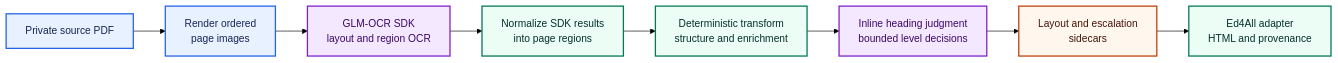
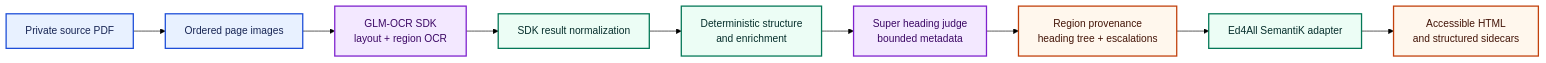
The first of 3 diagrams in docs/architecture/hybrid-vision-extraction.md (mdmurphy822/Ed4All), drawn with Mermaid (forest theme) before and after one commit. The commit also changed other lines of this file, not shown here.

Commit message:
docs(semantik): rebuild extraction architecture

````diff
--- a/docs/architecture/hybrid-vision-extraction.md
+++ b/docs/architecture/hybrid-vision-extraction.md
@@ -37,19 +18,20 @@
 ```mermaid
 flowchart LR
-    PDF["Private source PDF"] --> RENDER["Render ordered<br/>page images"]
-    RENDER --> SDK["GLM-OCR SDK<br/>layout and region OCR"]
-    SDK --> NORMALIZE["Normalize SDK results<br/>into page regions"]
-    NORMALIZE --> TRANSFORM["Deterministic transform<br/>structure and enrichment"]
-    TRANSFORM --> INLINE["Inline heading judgment<br/>bounded level decisions"]
-    INLINE --> SIDECARS["Layout and escalation<br/>sidecars"]
-    SIDECARS --> ADAPTER["Ed4All adapter<br/>HTML and provenance"]
+    PDF["Private source PDF"] --> PAGE["Ordered page images"]
+    PAGE --> SDK["GLM-OCR SDK<br/>layout + region OCR"]
+    SDK --> NORMAL["SDK result normalization"]
+    NORMAL --> ENRICH["Deterministic structure<br/>and enrichment"]
+    ENRICH --> JUDGE["Super heading judge<br/>bounded metadata"]
+    JUDGE --> EVIDENCE["Region provenance<br/>heading tree + escalations"]
+    EVIDENCE --> ADAPTER["Ed4All SemantiK adapter"]
+    ADAPTER --> HTML["Accessible HTML<br/>and structured sidecars"]
 
-    classDef input fill:#E8F1FF,stroke:#2563EB,color:#172554,stroke-width:2px;
+    classDef input fill:#E8F1FF,stroke:#1D4ED8,color:#172554,stroke-width:2px;
     classDef model fill:#F3E8FF,stroke:#7E22CE,color:#3B0764,stroke-width:2px;
     classDef deterministic fill:#ECFDF5,stroke:#047857,color:#052E2B,stroke-width:2px;
     classDef artifact fill:#FFF7ED,stroke:#C2410C,color:#431407,stroke-width:2px;
-    class PDF,RENDER input;
-    class SDK,INLINE model;
-    class NORMALIZE,TRANSFORM,ADAPTER deterministic;
-    class SIDECARS artifact;
+    class PDF,PAGE input;
+    class SDK,JUDGE model;
+    class NORMAL,ENRICH,ADAPTER deterministic;
+    class EVIDENCE,HTML artifact;
 ```
````
